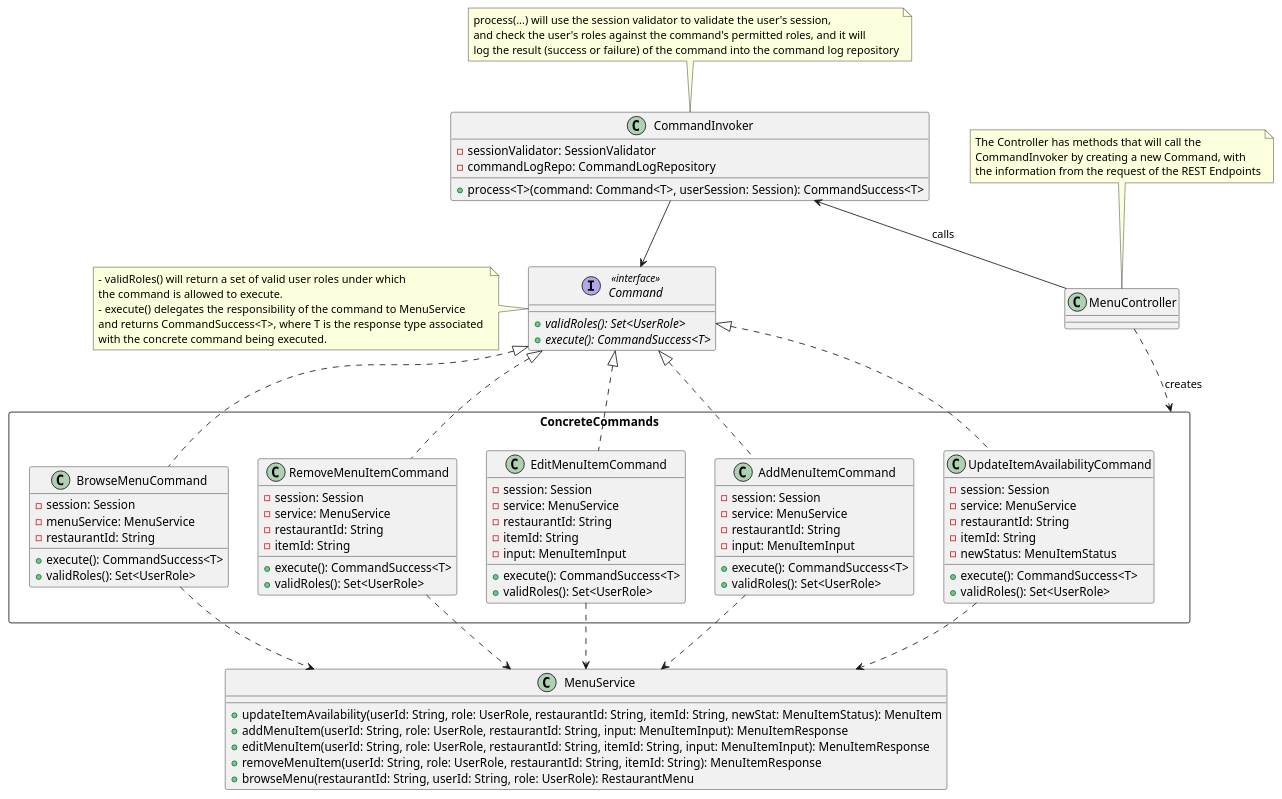
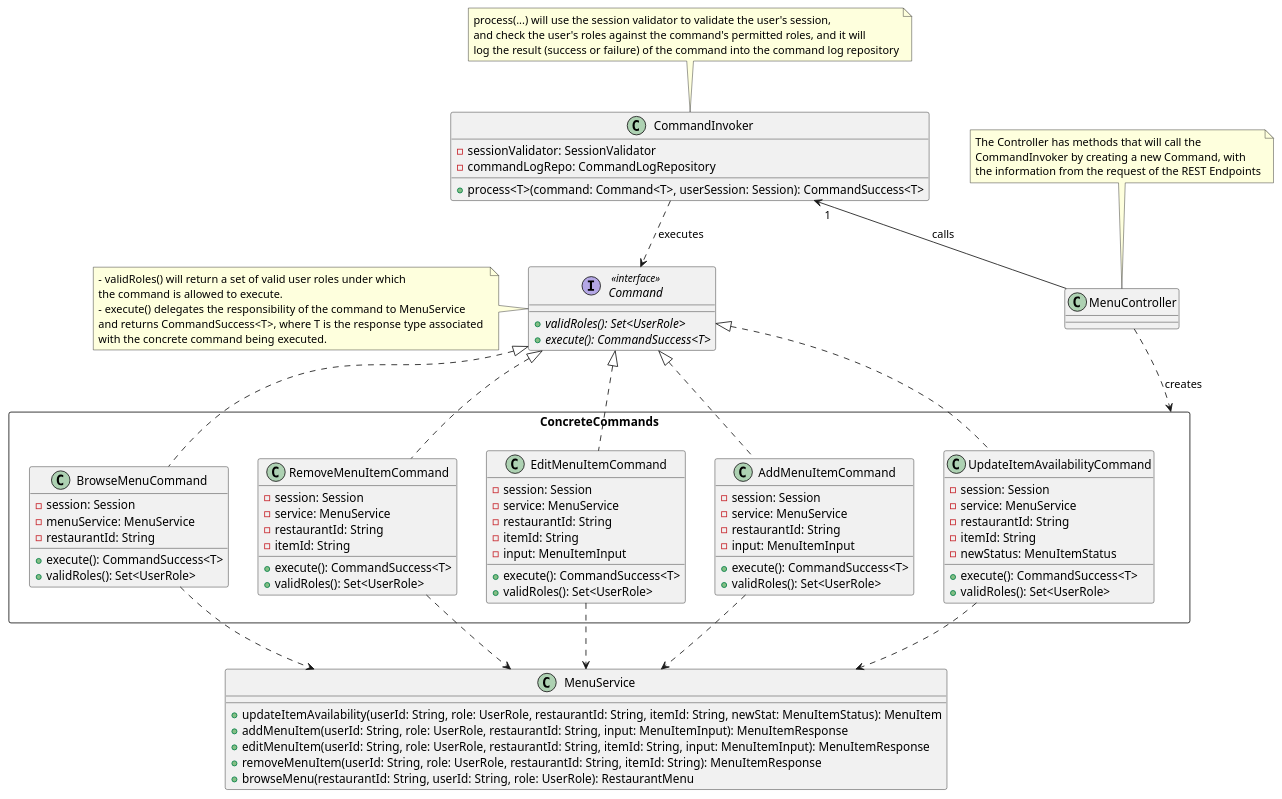
Before and after one commit to MonishKD/HelloWorldprint_HI: the diagram in diagrams/commandDP/MenuControllerVersion.puml, drawn with PlantUML. The commit also changed 3 other files, not shown here.

Commit message:
Minor Command UML Diagram modifications

```diff
--- a/diagrams/commandDP/MenuControllerVersion.puml
+++ b/diagrams/commandDP/MenuControllerVersion.puml
@@ -1,104 +1,104 @@
 @startuml MenuControllerVersionCOMMAND
 
 class MenuController {
 
 }
-CommandInvoker <-down- MenuController: calls
+CommandInvoker "1" <-down- MenuController: calls
 
 note "The Controller has methods that will call the \nCommandInvoker by creating a new Command, with \nthe information from the request of the REST Endpoints" as N1
 N1 -down- MenuController
 'Command, CommandInvoker, CommandLog
 class CommandInvoker {
     - sessionValidator: SessionValidator
     - commandLogRepo: CommandLogRepository
     + process<T>(command: Command<T>, userSession: Session): CommandSuccess<T>
 }
 note "process(...) will use the session validator to validate the user's session, \nand check the user's roles against the command's permitted roles, and it will \nlog the result (success or failure) of the command into the command log repository" as N2
 N2 -down- CommandInvoker
 
-CommandInvoker -down-> Command
+CommandInvoker .down.> Command : executes
 interface Command <<interface>> {
     + {abstract} validRoles(): Set<UserRole>
     + {abstract} execute(): CommandSuccess<T>
 }
 
 note left of Command
     - validRoles() will return a set of valid user roles under which
     the command is allowed to execute.
     - execute() delegates the responsibility of the command to MenuService
     and returns CommandSuccess<T>, where T is the response type associated 
     with the concrete command being executed.
 end note
 
 MenuController ..> ConcreteCommands : creates
 rectangle ConcreteCommands {
     class UpdateItemAvailabilityCommand{
         - session: Session
         - service: MenuService
         - restaurantId: String
         - itemId: String
         - newStatus: MenuItemStatus
         + execute(): CommandSuccess<T>
         + validRoles(): Set<UserRole>
     }
 
     class AddMenuItemCommand{
         - session: Session
         - service: MenuService
         - restaurantId: String
         - input: MenuItemInput
         + execute(): CommandSuccess<T>
         + validRoles(): Set<UserRole>
     }
 
     class EditMenuItemCommand {
         - session: Session
         - service: MenuService
         - restaurantId: String
         - itemId: String
         - input: MenuItemInput
         + execute(): CommandSuccess<T>
         + validRoles(): Set<UserRole>
     }
 
     class RemoveMenuItemCommand {
         - session: Session
         - service: MenuService
         - restaurantId: String
         - itemId: String
         + execute(): CommandSuccess<T>
         + validRoles(): Set<UserRole>
     }
 
     class BrowseMenuCommand {
         - session: Session
         - menuService: MenuService
         - restaurantId: String
         + execute(): CommandSuccess<T>
         + validRoles(): Set<UserRole>
     }
 
 }
 
 Command <|.. UpdateItemAvailabilityCommand
 Command <|.. AddMenuItemCommand
 Command <|.. EditMenuItemCommand
 Command <|.. RemoveMenuItemCommand
 Command <|.. BrowseMenuCommand
 
 MenuService <.up. UpdateItemAvailabilityCommand
 MenuService <.up. AddMenuItemCommand
 MenuService <.up. EditMenuItemCommand
 MenuService <.up. RemoveMenuItemCommand
 MenuService <.up. BrowseMenuCommand
 
 
 class MenuService {
     + updateItemAvailability(userId: String, role: UserRole, restaurantId: String, itemId: String, newStat: MenuItemStatus): MenuItem
     + addMenuItem(userId: String, role: UserRole, restaurantId: String, input: MenuItemInput): MenuItemResponse
     + editMenuItem(userId: String, role: UserRole, restaurantId: String, itemId: String, input: MenuItemInput): MenuItemResponse
     + removeMenuItem(userId: String, role: UserRole, restaurantId: String, itemId: String): MenuItemResponse
     + browseMenu(restaurantId: String, userId: String, role: UserRole): RestaurantMenu
 }
 
 @enduml
```
